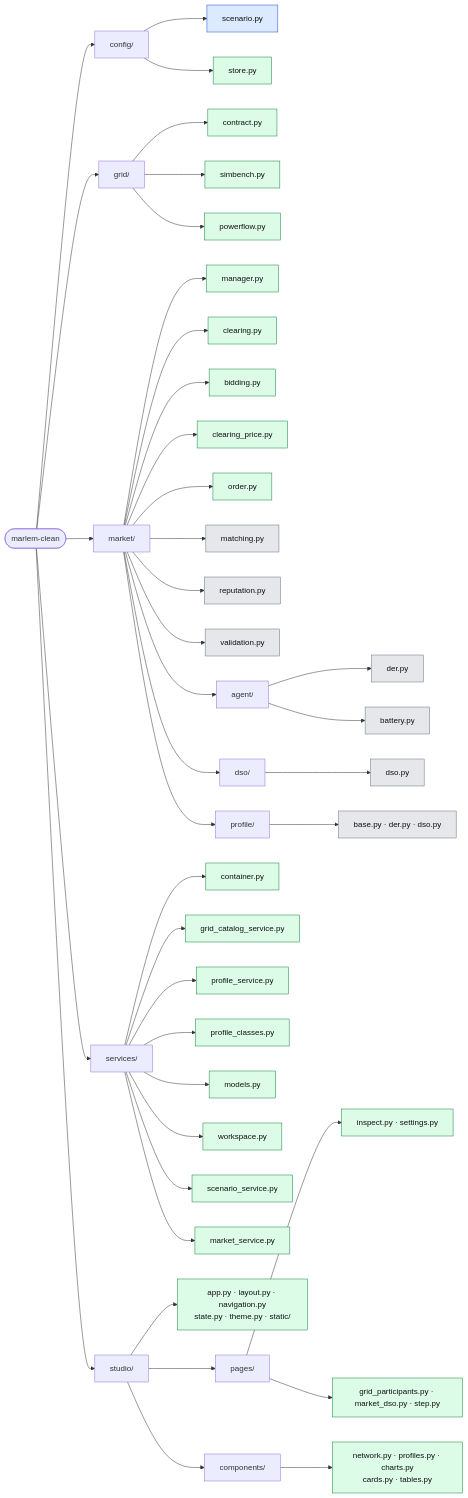
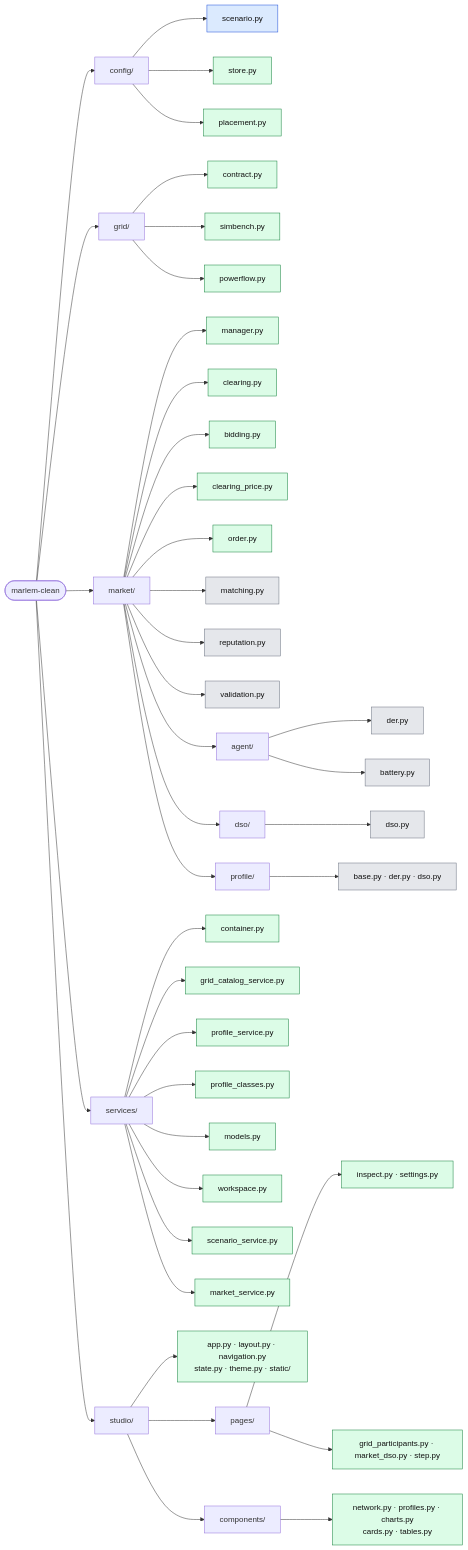
One commit to KevinRapo/P2P-thesis changed the diagram in docs/structure.md. Above: the diagram before and after it, drawn with Mermaid. The commit also changed other lines of this file and 2 other files, not shown here.

Commit message:
Move participant placement from ScenarioService into config/placement.py

````diff
--- a/docs/structure.md
+++ b/docs/structure.md
@@ -11,53 +11,54 @@
 ```mermaid
 flowchart LR
   root(["marlem-clean"])
 
   root --> config["config/"]
   config --> c1["scenario.py"]:::data
   config --> c2["store.py"]:::done
+  config --> c3["placement.py"]:::done
 
   root --> grid["grid/"]
   grid --> g1["contract.py"]:::done
   grid --> g2["simbench.py"]:::done
   grid --> g3["powerflow.py"]:::done
 
   root --> market["market/"]
   market --> m1["manager.py"]:::done
   market --> m7["clearing.py"]:::done
   market --> m8["bidding.py"]:::done
   market --> m4["clearing_price.py"]:::done
   market --> m2["order.py"]:::done
   market --> m3["matching.py"]:::orig
   market --> m5["reputation.py"]:::orig
   market --> m6["validation.py"]:::orig
   market --> agent["agent/"]
   agent --> a1["der.py"]:::orig
   agent --> a2["battery.py"]:::orig
   market --> dso["dso/"]
   dso --> d1["dso.py"]:::orig
   market --> profile["profile/"]
   profile --> p1["base.py · der.py · dso.py"]:::orig
 
   root --> services["services/"]
   services --> v1["container.py"]:::done
   services --> v2["grid_catalog_service.py"]:::done
   services --> v3["profile_service.py"]:::done
   services --> v4["profile_classes.py"]:::done
   services --> v5["models.py"]:::done
   services --> v6["workspace.py"]:::done
   services --> v7["scenario_service.py"]:::done
   services --> v8["market_service.py"]:::done
 
   root --> studio["studio/"]
   studio --> t1["app.py · layout.py · navigation.py<br/>state.py · theme.py · static/"]:::done
   studio --> pages["pages/"]
   pages --> pg1["inspect.py · settings.py"]:::done
   pages --> pg2["grid_participants.py · market_dso.py · step.py"]:::done
   studio --> comps["components/"]
   comps --> k1["network.py · profiles.py · charts.py<br/>cards.py · tables.py"]:::done
 
   classDef done fill:#dcfce7,stroke:#15803d,color:#111
   classDef data fill:#dbeafe,stroke:#1d4ed8,color:#111
   classDef stub fill:#fef3c7,stroke:#b45309,color:#111
   classDef orig fill:#e5e7eb,stroke:#6b7280,color:#111
 ```
````
